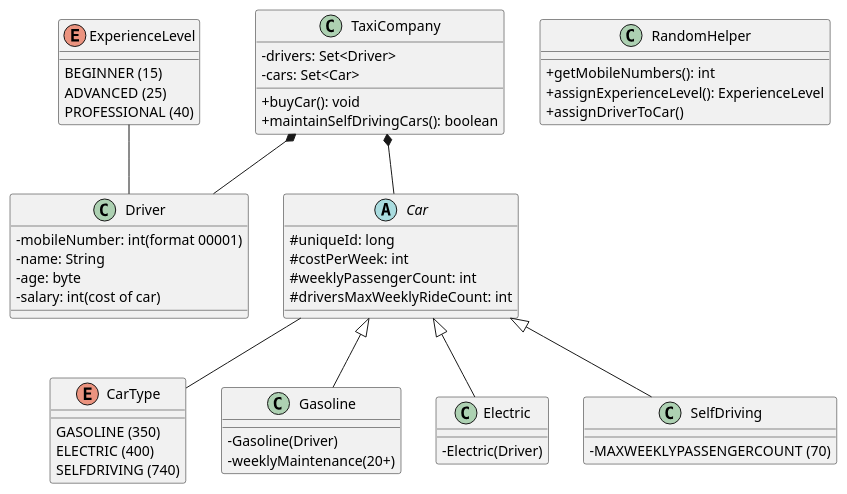
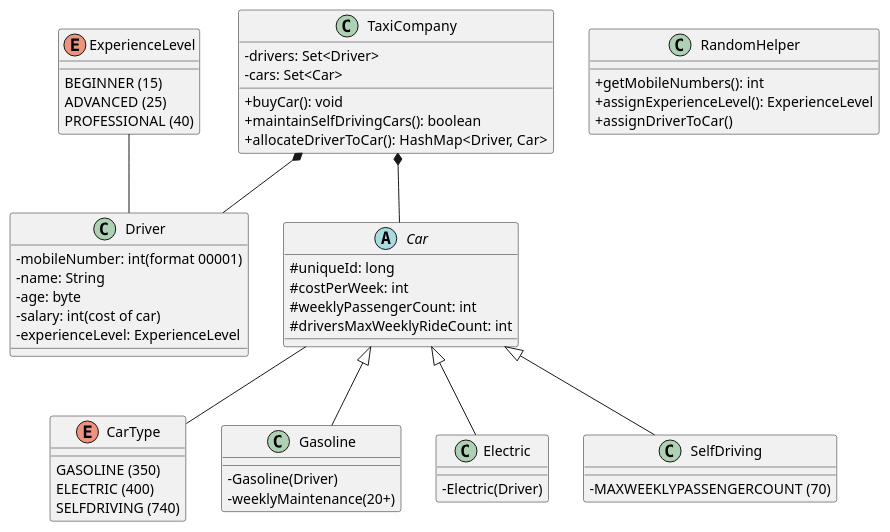
One commit to bezdomnij/OOP-taxiCompany changed the diagram in taxiCompany.puml. Above: the diagram before and after it, drawn with PlantUML. The commit also changed 10 other files, not shown here.

```diff
--- a/taxiCompany.puml
+++ b/taxiCompany.puml
@@ -1,54 +1,56 @@
 @startuml taxiCompany
 skinparam ClassAttributeIconSize 0
 TaxiCompany *-- Driver
 TaxiCompany *-- Car
 Car -- CarType
 Car <|-- Gasoline
 Car <|-- Electric
 Car <|-- SelfDriving
 ExperienceLevel -- Driver
 enum CarType {
     GASOLINE (350)
     ELECTRIC (400)
     SELFDRIVING (740)
 }
 enum ExperienceLevel {
     BEGINNER (15)
     ADVANCED (25)
     PROFESSIONAL (40)
 }
 class TaxiCompany{
     -drivers: Set<Driver>
     -cars: Set<Car>
     +buyCar(): void
     +maintainSelfDrivingCars(): boolean
+    +allocateDriverToCar(): HashMap<Driver, Car>
 }
 class Driver{
     -mobileNumber: int(format 00001)
     -name: String
     -age: byte
     -salary: int(cost of car)
+    -experienceLevel: ExperienceLevel
     __
 }
 abstract class Car{
     #uniqueId: long
     #costPerWeek: int
     #weeklyPassengerCount: int
     #driversMaxWeeklyRideCount: int
 }
 class Gasoline{
     -Gasoline(Driver)
     -weeklyMaintenance(20+)
 }
 class Electric{
     -Electric(Driver)
 }
 class SelfDriving{
     - MAXWEEKLYPASSENGERCOUNT (70)
 }
 class RandomHelper{
     +getMobileNumbers(): int
     +assignExperienceLevel(): ExperienceLevel
     +assignDriverToCar()
 }
 @enduml
```
